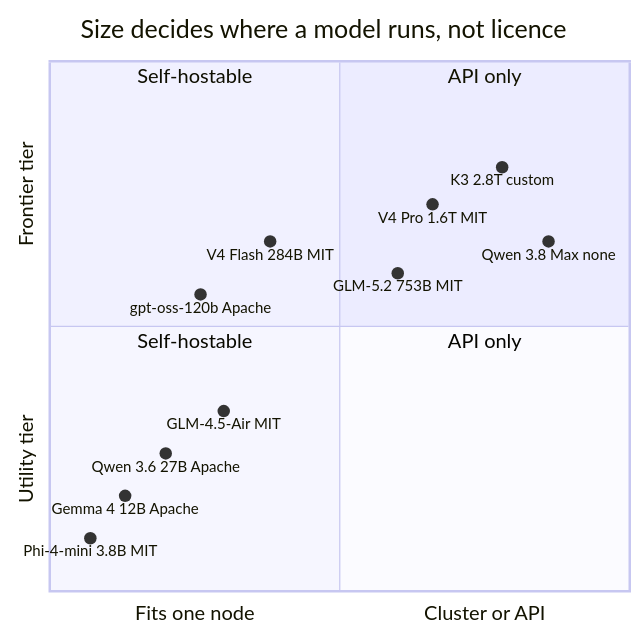
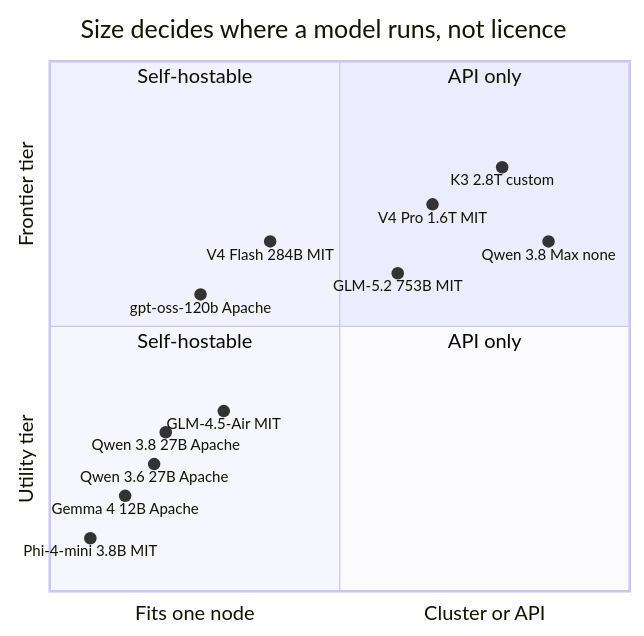
Diagram 19 of 20 in MANUAL.md (mlvpatel/open-weight-agent-stack), drawn with Mermaid before and after one commit. The commit also changed other lines of this file and 56 other files, not shown here.

````diff
--- a/MANUAL.md
+++ b/MANUAL.md
@@ -1621,20 +1742,21 @@
 ```mermaid
 quadrantChart
     title Size decides where a model runs, not licence
     x-axis "Fits one node" --> "Cluster or API"
     y-axis "Utility tier" --> "Frontier tier"
     quadrant-1 "API only"
     quadrant-2 "Self-hostable"
     quadrant-3 "Self-hostable"
     quadrant-4 "API only"
     "K3 2.8T custom": [0.78, 0.80]
     "Qwen 3.8 Max none": [0.86, 0.66]
     "V4 Pro 1.6T MIT": [0.66, 0.73]
     "GLM-5.2 753B MIT": [0.60, 0.60]
     "V4 Flash 284B MIT": [0.38, 0.66]
     "gpt-oss-120b Apache": [0.26, 0.56]
     "GLM-4.5-Air MIT": [0.30, 0.34]
-    "Qwen 3.6 27B Apache": [0.20, 0.26]
+    "Qwen 3.8 27B Apache": [0.20, 0.30]
+    "Qwen 3.6 27B Apache": [0.18, 0.24]
     "Gemma 4 12B Apache": [0.13, 0.18]
     "Phi-4-mini 3.8B MIT": [0.07, 0.10]
 ```
````
